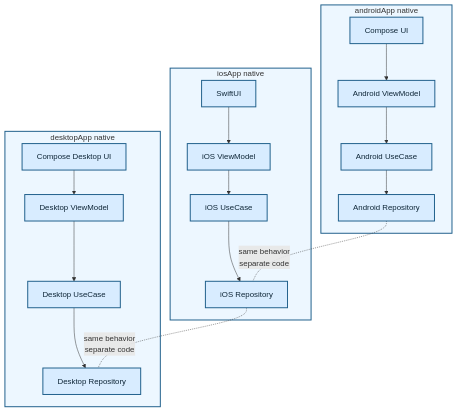
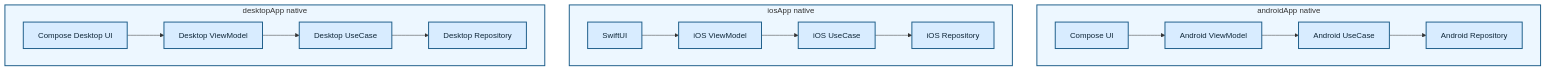
The diagram in diagrams/01-normal-native.md (TheSetox/kmp-sample-diagrams), drawn with Mermaid before and after one commit. The commit also changed 1 other file, not shown here.

Commit message:
docs: simplify normal native diagram

````diff
--- a/diagrams/01-normal-native.md
+++ b/diagrams/01-normal-native.md
@@ -5,35 +5,32 @@
 ```mermaid
 flowchart TB
   subgraph Android["androidApp native"]
     AUI["Compose UI"]
     AVM["Android ViewModel"]
     AUseCase["Android UseCase"]
     ARepository["Android Repository"]
     AUI --> AVM --> AUseCase --> ARepository
   end
 
   subgraph IOS["iosApp native"]
     IUI["SwiftUI"]
     IVM["iOS ViewModel"]
     IUseCase["iOS UseCase"]
     IRepository["iOS Repository"]
     IUI --> IVM --> IUseCase --> IRepository
   end
 
   subgraph Desktop["desktopApp native"]
     DUI["Compose Desktop UI"]
     DVM["Desktop ViewModel"]
     DUseCase["Desktop UseCase"]
     DRepository["Desktop Repository"]
     DUI --> DVM --> DUseCase --> DRepository
   end
 
-  ARepository -. "same behavior\nseparate code" .- IRepository
-  IRepository -. "same behavior\nseparate code" .- DRepository
-
   classDef app fill:#d8ecff,stroke:#1f5f8b,color:#0f2738,stroke-width:2px;
   class AUI,AVM,AUseCase,ARepository,IUI,IVM,IUseCase,IRepository,DUI,DVM,DUseCase,DRepository app;
   style Android fill:#edf7ff,stroke:#1f5f8b,stroke-width:2px
   style IOS fill:#edf7ff,stroke:#1f5f8b,stroke-width:2px
   style Desktop fill:#edf7ff,stroke:#1f5f8b,stroke-width:2px
 ```
````
